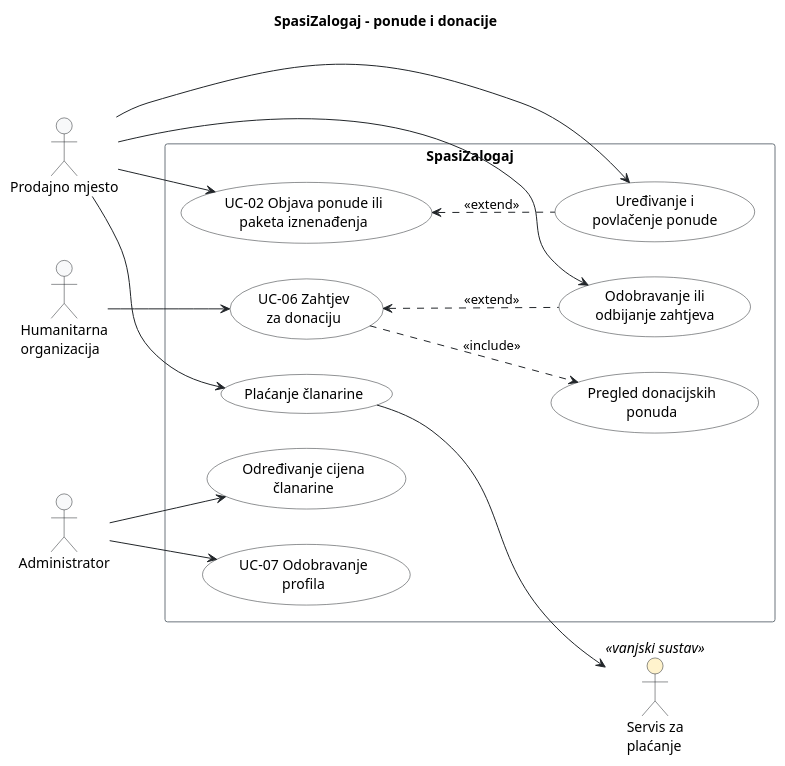
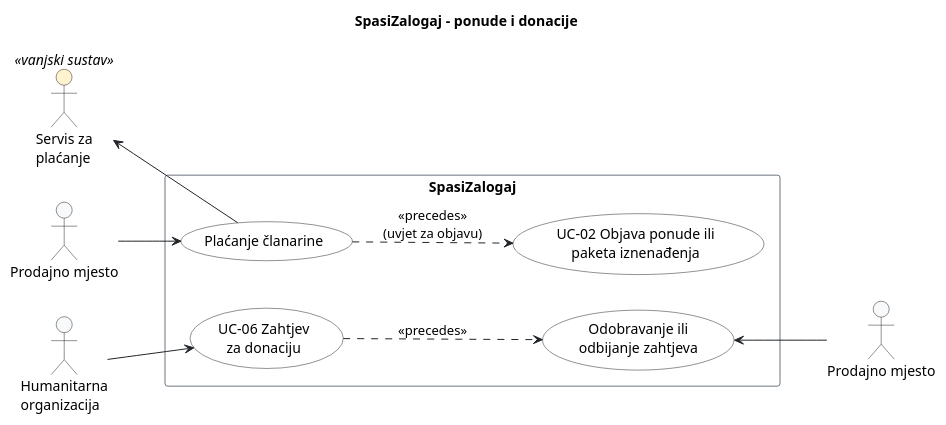
The diagram in docs/puml/3-3-spasizalogaj-offers-donations-UC.puml (frenki1004/Menzory), drawn with PlantUML before and after one commit. The commit also changed other lines of this file and 3 other files, not shown here.

```diff
--- a/docs/puml/3-3-spasizalogaj-offers-donations-UC.puml
+++ b/docs/puml/3-3-spasizalogaj-offers-donations-UC.puml
@@ -14,55 +14,48 @@
 @startuml
 title SpasiZalogaj – ponude i donacije
 left to right direction
 
 skinparam shadowing false
 skinparam defaultFontName Arial
 skinparam ArrowColor #212529
+
 skinparam actor {
     BackgroundColor #F8F9FA
     BorderColor #212529
     BackgroundColor<<vanjski sustav>> #FFF3CD
 }
 skinparam usecase {
     BackgroundColor #FFFFFF
     BorderColor #212529
 }
 skinparam rectangle {
     BorderColor #6C757D
 }
 
 actor "Prodajno mjesto" as Prodavac
 actor "Humanitarna\norganizacija" as Org
-actor "Administrator" as Admin
+actor "Servis za\nplaćanje" as Placanje <<vanjski sustav>>
 
 rectangle "SpasiZalogaj" {
+    ' Tok 1: Prodajno mjesto
     usecase "Plaćanje članarine" as UCClan
     usecase "UC-02 Objava ponude ili\npaketa iznenađenja" as UC02
-    usecase "Uređivanje i\npovlačenje ponude" as UCUredi
-
+    
+    ' Tok 2: Donacije
     usecase "UC-06 Zahtjev\nza donaciju" as UC06
-    usecase "Pregled donacijskih\nponuda" as UCPregledDon
     usecase "Odobravanje ili\nodbijanje zahtjeva" as UCOdluka
-
-    usecase "UC-07 Odobravanje\nprofila" as UC07
-    usecase "Određivanje cijena\nčlanarine" as UCCijene
 }
 
-actor "Servis za\nplaćanje" as Placanje <<vanjski sustav>>
+actor "Prodajno mjesto" as Prodavac2
 
+' Tok 1: Prodajno mjesto (gore)
 Prodavac --> UCClan
-Prodavac --> UC02
-Prodavac --> UCUredi
-Prodavac --> UCOdluka
+UCClan ..> UC02 : <<precedes>>\n(uvjet za objavu)
+UCClan -up-> Placanje
 
+' Tok 2: Donacije (dolje)
 Org --> UC06
+UC06 ..> UCOdluka : <<precedes>>
+UCOdluka <-- Prodavac2
 
-Admin --> UC07
-Admin --> UCCijene
-
-UC02 <.. UCUredi : <<extend>>
-UC06 ..> UCPregledDon : <<include>>
-UC06 <.. UCOdluka : <<extend>>
-
-UCClan --> Placanje
 @enduml
```
